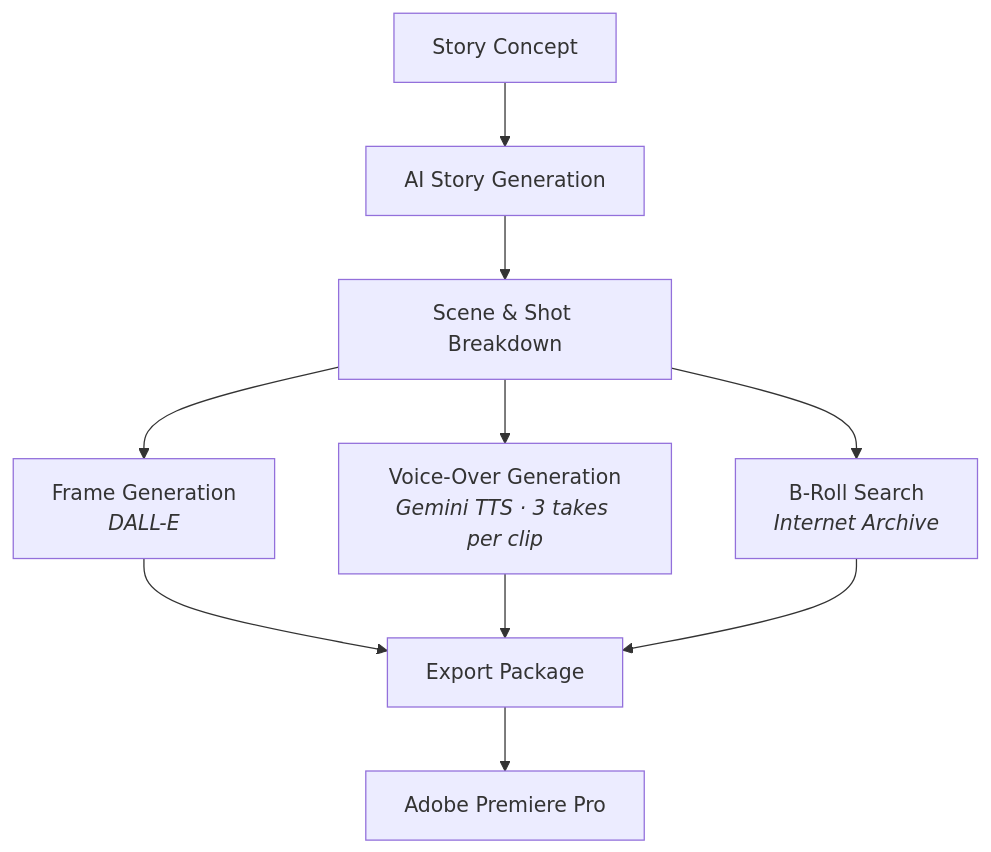
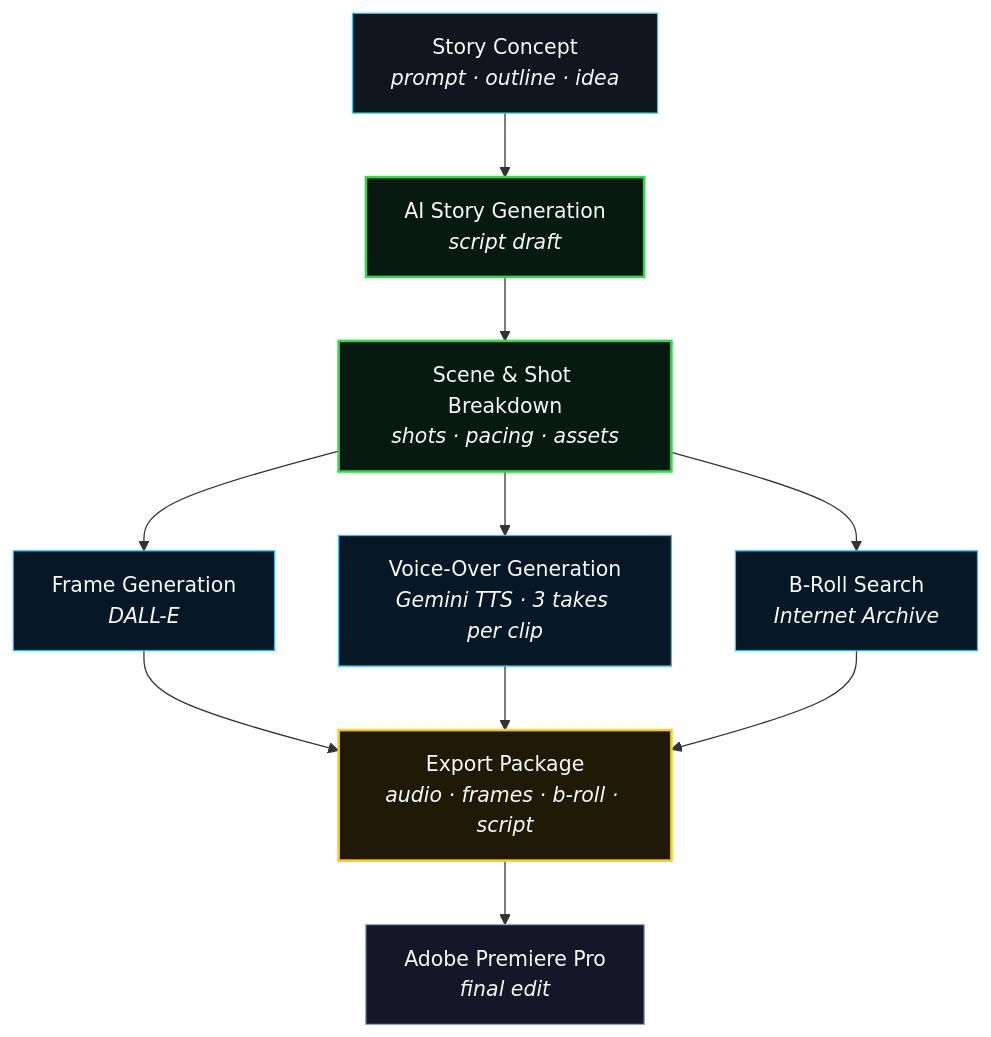
Before and after one commit to savevsgames/savevsgames: the second of 2 diagrams in README.md, drawn with Mermaid. The commit also changed other lines of this file, not shown here.

Commit message:
Refactor class styles and enhance mermaid diagram
Updated class definitions and improved mermaid diagram for better clarity.

````diff
--- a/README.md
+++ b/README.md
@@ -121,12 +121,33 @@
 ```mermaid
 graph TD
-    Concept[Story Concept] --> Generate[AI Story Generation]
-    Generate --> Scenes[Scene & Shot Breakdown]
-    Scenes --> Frames[Frame Generation<br><em>DALL-E</em>]
-    Scenes --> VO[Voice-Over Generation<br><em>Gemini TTS · 3 takes per clip</em>]
-    Scenes --> BRoll[B-Roll Search<br><em>Internet Archive</em>]
-    Frames --> Export[Export Package]
+    Concept["Story Concept<br/><em>prompt · outline · idea</em>"]
+    Generate["AI Story Generation<br/><em>script draft</em>"]
+    Scenes["Scene & Shot Breakdown<br/><em>shots · pacing · assets</em>"]
+    Frames["Frame Generation<br/><em>DALL-E</em>"]
+    VO["Voice-Over Generation<br/><em>Gemini TTS · 3 takes per clip</em>"]
+    BRoll["B-Roll Search<br/><em>Internet Archive</em>"]
+    Export["Export Package<br/><em>audio · frames · b-roll · script</em>"]
+    Premiere["Adobe Premiere Pro<br/><em>final edit</em>"]
+
+    Concept --> Generate
+    Generate --> Scenes
+    Scenes --> Frames
+    Scenes --> VO
+    Scenes --> BRoll
+    Frames --> Export
     VO --> Export
     BRoll --> Export
-    Export --> Premiere[Adobe Premiere Pro]
+    Export --> Premiere
+
+    class Concept concept;
+    class Generate,Scenes generation;
+    class Frames,VO,BRoll media;
+    class Export export;
+    class Premiere app;
+
+    classDef concept fill:#10161d,stroke:#22d3ee,color:#f8fafc,stroke-width:1px;
+    classDef generation fill:#071a12,stroke:#32d74b,color:#f8fafc,stroke-width:2px;
+    classDef media fill:#061826,stroke:#38bdf8,color:#f8fafc,stroke-width:1px;
+    classDef export fill:#1f1a05,stroke:#facc15,color:#f8fafc,stroke-width:2px;
+    classDef app fill:#111827,stroke:#94a3b8,color:#f8fafc,stroke-width:1px;
 ```
````
